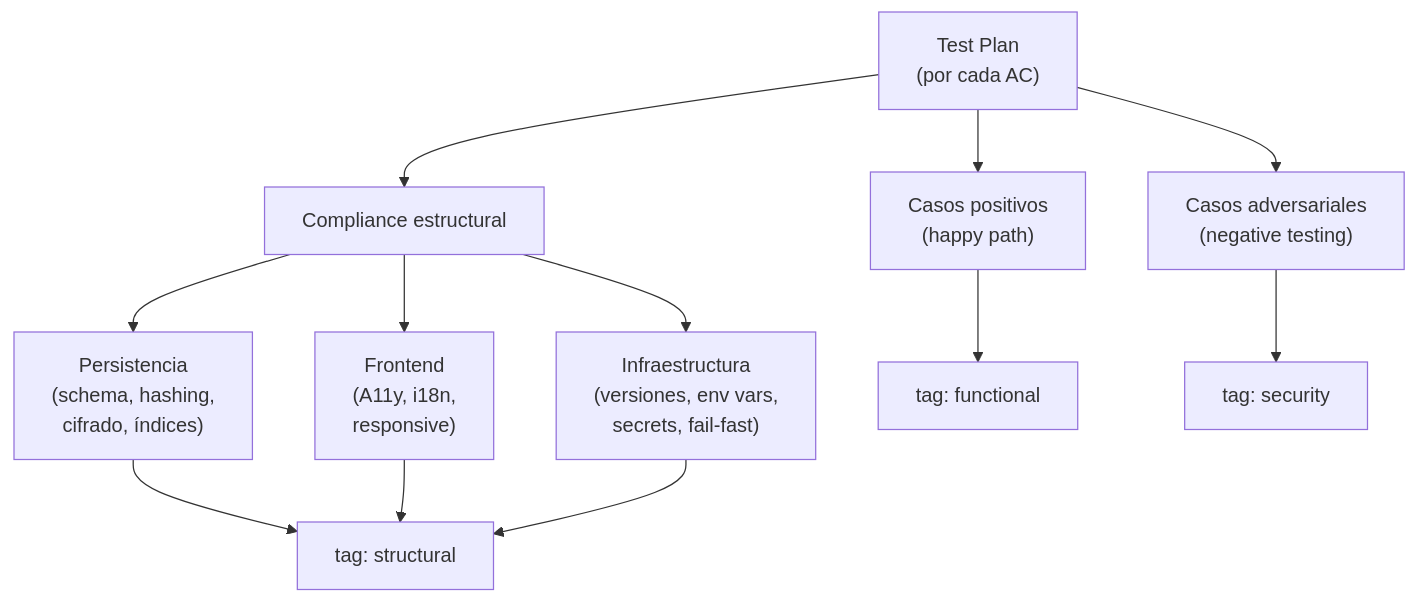
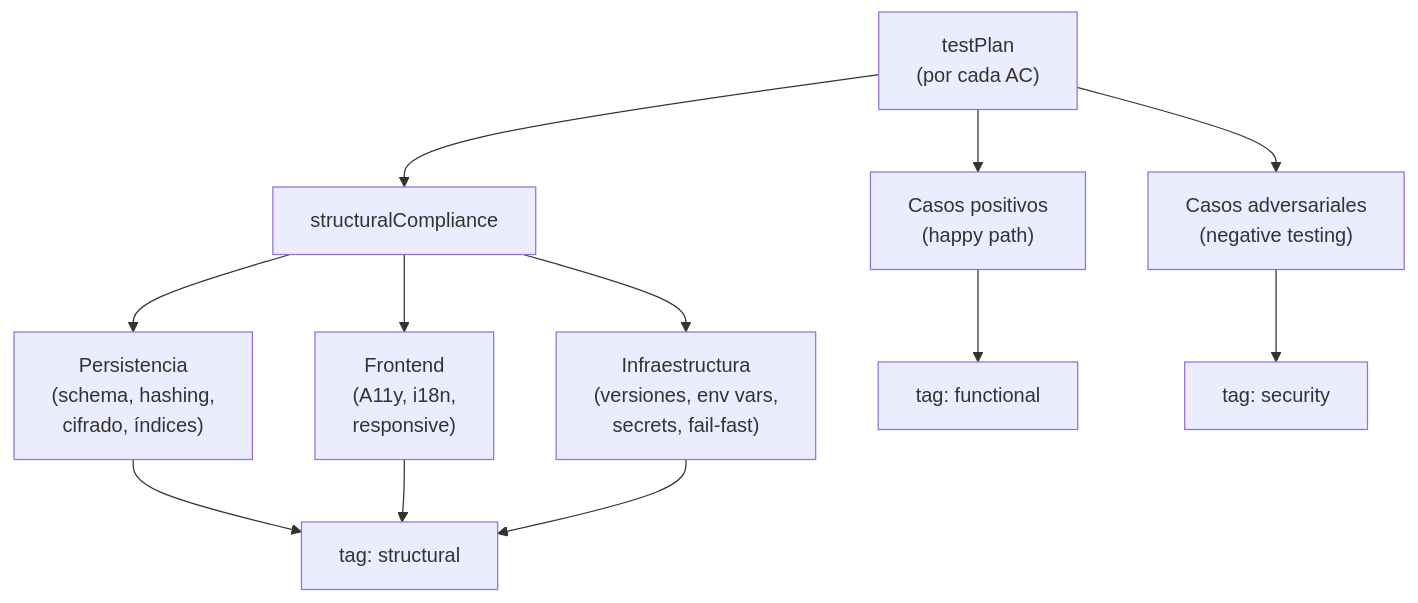
The fourth of 10 diagrams in docs/execution/red.md (virgenherrera/idea-to-mvp), drawn with Mermaid before and after one commit. The commit also changed other lines of this file and 30 other files, not shown here.

````diff
--- a/docs/execution/red.md
+++ b/docs/execution/red.md
@@ -282,18 +303,18 @@
 ```mermaid
 flowchart TD
-    PLAN["Test Plan\n(por cada AC)"]
+    PLAN["testPlan\n(por cada AC)"]
 
     PLAN --> POS["Casos positivos\n(happy path)"]
     PLAN --> ADV["Casos adversariales\n(negative testing)"]
-    PLAN --> STRUCT["Compliance estructural"]
+    PLAN --> STRUCT["structuralCompliance"]
 
     STRUCT --> PERSIST["Persistencia\n(schema, hashing,\ncifrado, índices)"]
     STRUCT --> UI["Frontend\n(A11y, i18n,\nresponsive)"]
     STRUCT --> IAC["Infraestructura\n(versiones, env vars,\nsecrets, fail-fast)"]
 
     POS --> TAG_FUNC["tag: functional"]
     ADV --> TAG_SEC["tag: security"]
     PERSIST --> TAG_STRUCT["tag: structural"]
     UI --> TAG_STRUCT
     IAC --> TAG_STRUCT
 ```
````
